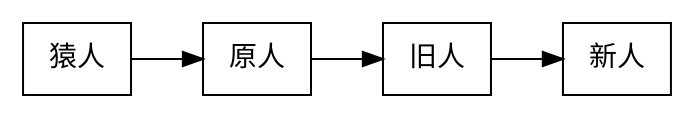
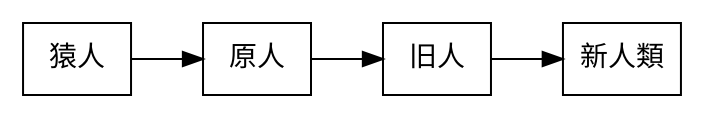
Before and after one commit to DCS-1-301-02-2025/cl-graph-G584822025: the fourth of 4 diagrams in exercise.md, drawn with Graphviz.

Commit message:
テスト

````diff
--- a/exercise.md
+++ b/exercise.md
@@ -97,8 +97,8 @@
 ```graphviz
 digraph {
     rankdir = "LR";
     node [shape=box];
-"猿人" -> "原人" -> "旧人" -> "新人"
+"猿人" -> "原人" -> "旧人" -> "新人類"
 
 }
 ```
````
